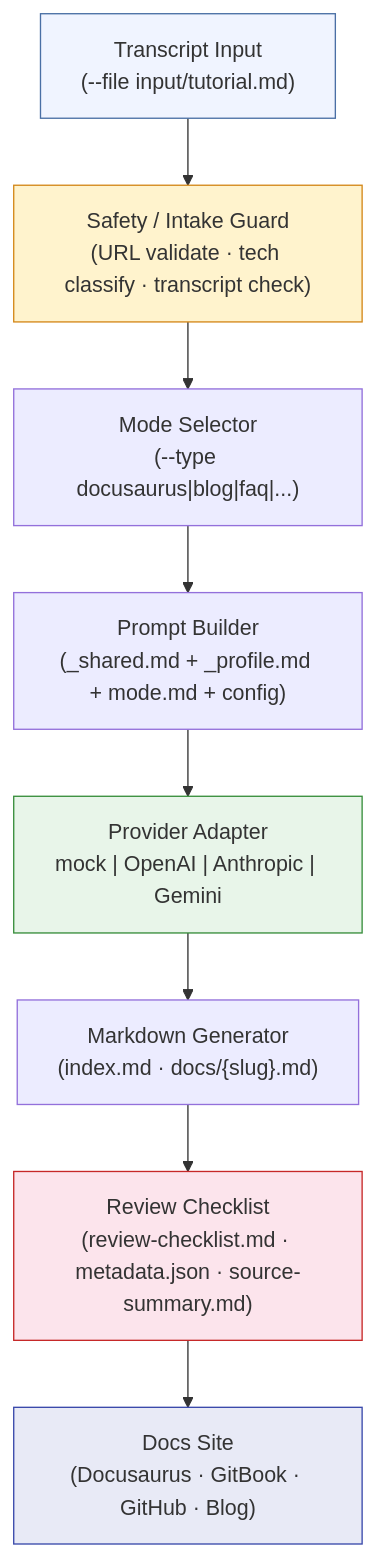
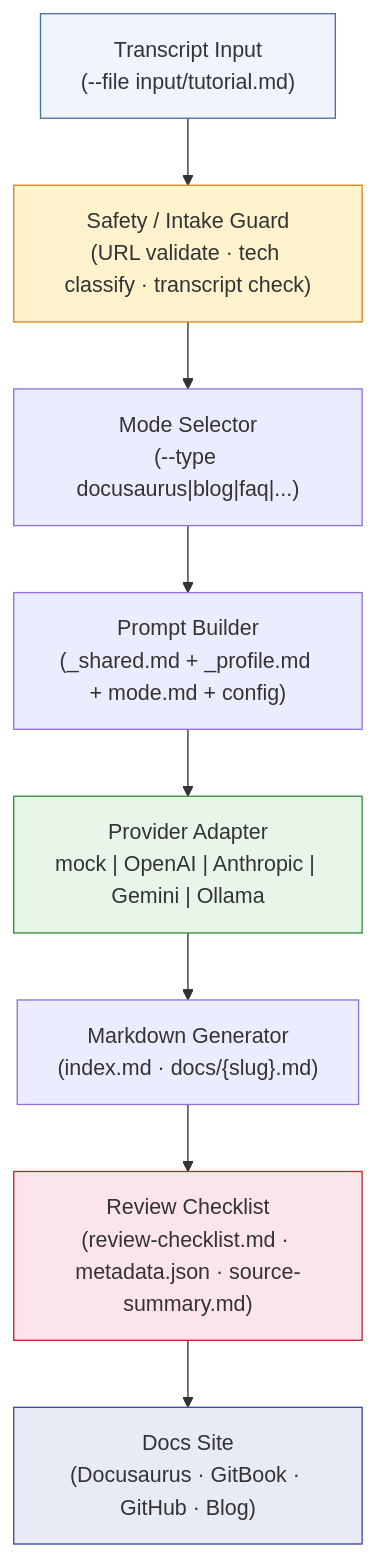
The diagram in docs/ARCHITECTURE.md (Pale-mayenne964/devdocs-forge-agent), drawn with Mermaid before and after one commit. The commit also changed other lines of this file and 15 other files, not shown here.

Commit message:
Add Ollama provider (#13)

````diff
--- a/docs/ARCHITECTURE.md
+++ b/docs/ARCHITECTURE.md
@@ -5,16 +5,16 @@
 ```mermaid
 flowchart TD
     A["Transcript Input\n(--file input/tutorial.md)"] --> B["Safety / Intake Guard\n(URL validate · tech classify · transcript check)"]
     B --> C["Mode Selector\n(--type docusaurus|blog|faq|...)"]
     C --> D["Prompt Builder\n(_shared.md + _profile.md + mode.md + config)"]
-    D --> E["Provider Adapter\nmock | OpenAI | Anthropic | Gemini"]
+    D --> E["Provider Adapter\nmock | OpenAI | Anthropic | Gemini | Ollama"]
     E --> F["Markdown Generator\n(index.md · docs/{slug}.md)"]
     F --> G["Review Checklist\n(review-checklist.md · metadata.json · source-summary.md)"]
     G --> H["Docs Site\n(Docusaurus · GitBook · GitHub · Blog)"]
 
     style A fill:#f0f4ff,stroke:#4a6fa5
     style B fill:#fff3cd,stroke:#d4881a
     style E fill:#e8f5e9,stroke:#388e3c
     style G fill:#fce4ec,stroke:#c62828
     style H fill:#e8eaf6,stroke:#3949ab
 ```
````
